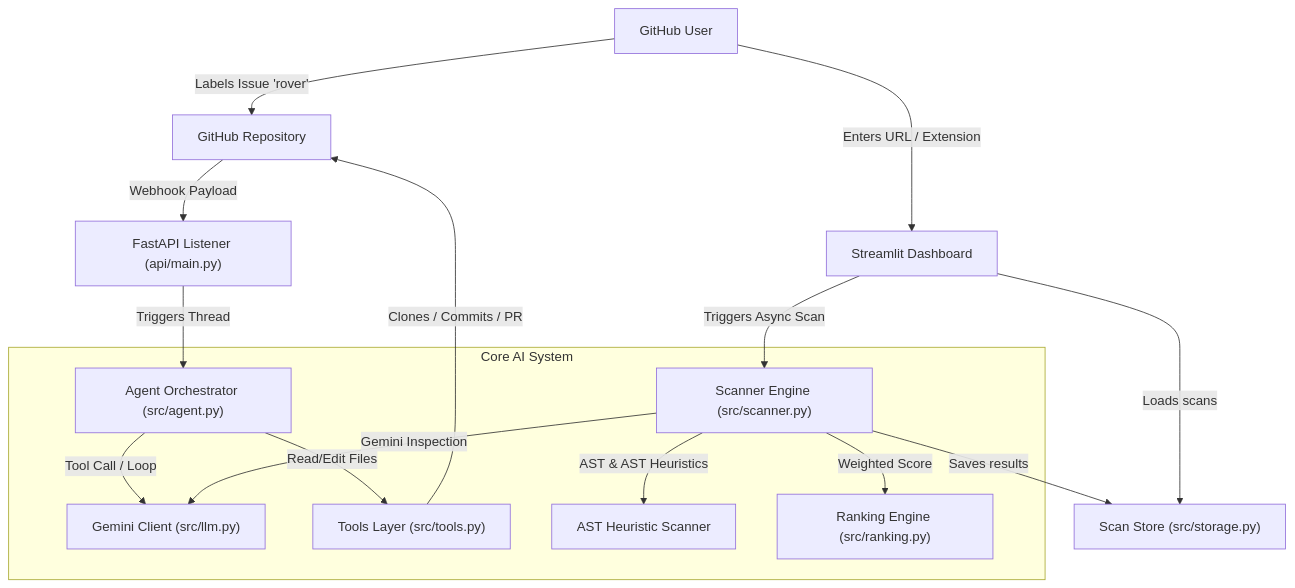
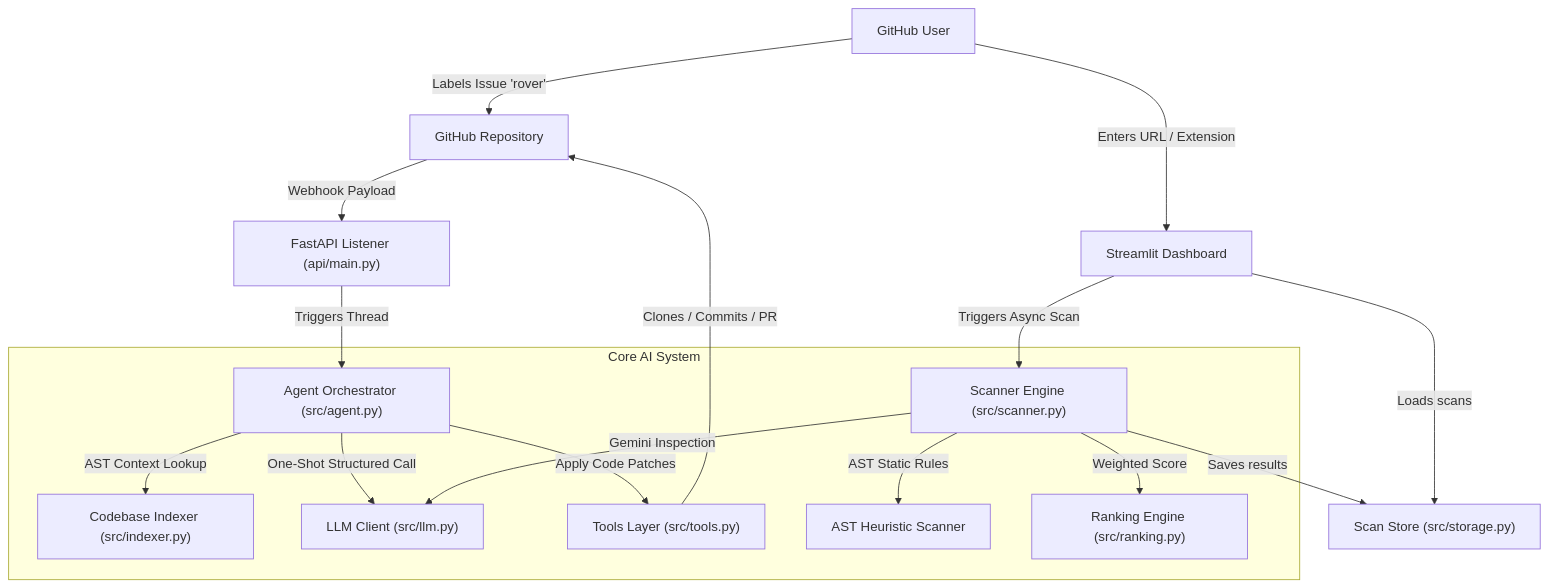
The first of 6 diagrams in docs/architecture.md (Reshal-006/rover), drawn with Mermaid before and after one commit. The commit also changed other lines of this file and 72 other files, not shown here.

````diff
--- a/docs/architecture.md
+++ b/docs/architecture.md
@@ -11,21 +11,22 @@
 ```mermaid
 graph TD
     User["GitHub User"] -->|Labels Issue 'rover'| GH["GitHub Repository"]
     User -->|Enters URL / Extension| DB["Streamlit Dashboard"]
     GH -->|Webhook Payload| API["FastAPI Listener (api/main.py)"]
     API -->|Triggers Thread| AG["Agent Orchestrator (src/agent.py)"]
     DB -->|Triggers Async Scan| SC["Scanner Engine (src/scanner.py)"]
     
     subgraph Core AI System
-        AG -->|Tool Call / Loop| LLM["Gemini Client (src/llm.py)"]
-        AG -->|Read/Edit Files| TL["Tools Layer (src/tools.py)"]
-        SC -->|AST & AST Heuristics| AST["AST Heuristic Scanner"]
+        AG -->|AST Context Lookup| IDX["Codebase Indexer (src/indexer.py)"]
+        AG -->|One-Shot Structured Call| LLM["LLM Client (src/llm.py)"]
+        AG -->|Apply Code Patches| TL["Tools Layer (src/tools.py)"]
+        SC -->|AST Static Rules| AST["AST Heuristic Scanner"]
         SC -->|Gemini Inspection| LLM
         SC -->|Weighted Score| RK["Ranking Engine (src/ranking.py)"]
     end
     
     SC -->|Saves results| ST["Scan Store (src/storage.py)"]
     DB -->|Loads scans| ST
     
     TL -->|Clones / Commits / PR| GH
 ```
````
